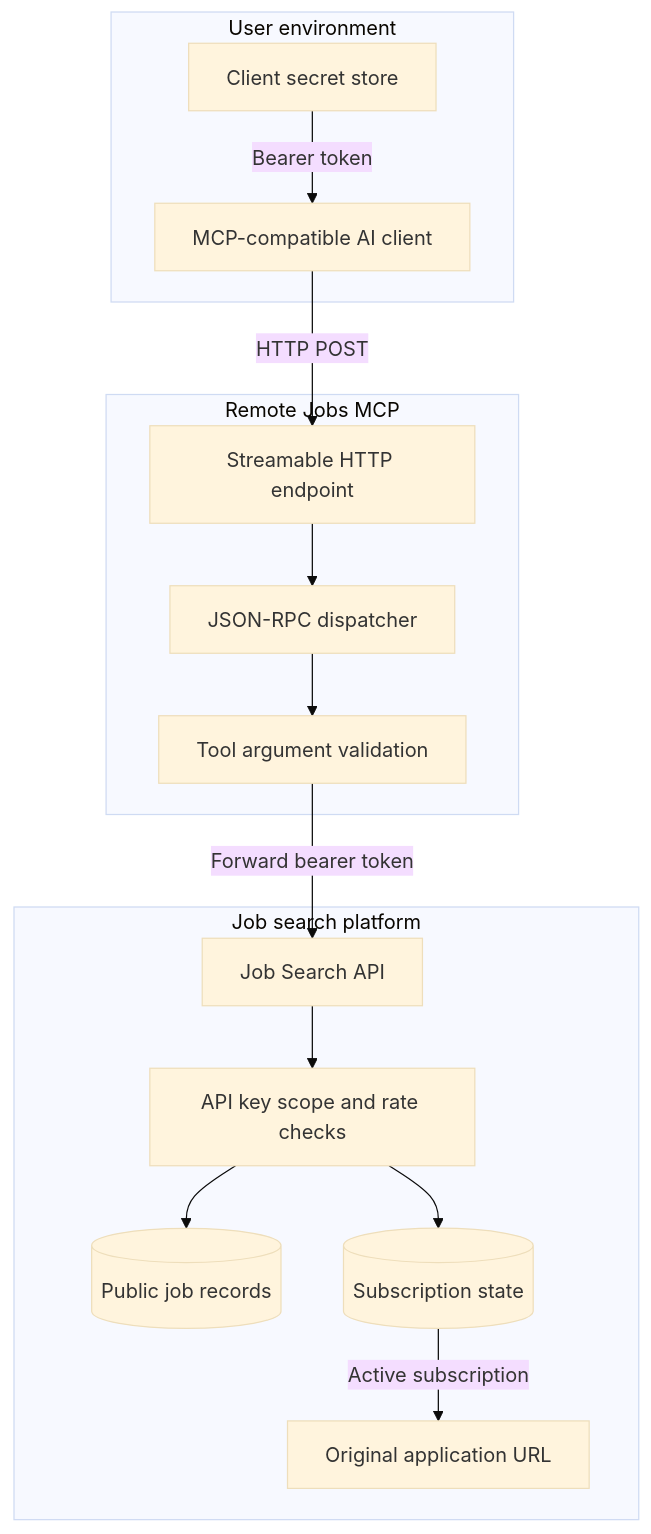
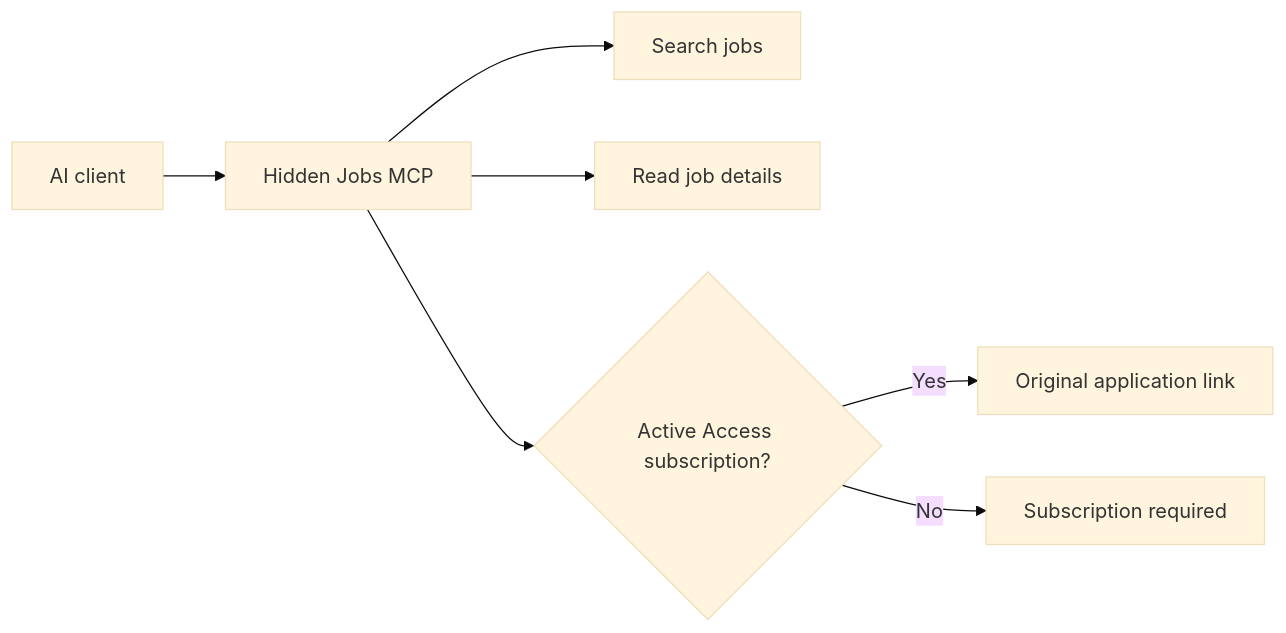
One commit to hiddenjobs/job-search-mcp changed the diagram in docs/architecture.md. Above: the diagram before and after it, drawn with Mermaid (base theme). The commit also changed other lines of this file and 16 other files, not shown here.

````diff
--- a/docs/architecture.md
+++ b/docs/architecture.md
@@ -5,30 +3,9 @@
 ```mermaid
-flowchart TB
-    subgraph Client[User environment]
-        Agent[MCP-compatible AI client]
-        Secret[Client secret store]
-    end
-
-    subgraph Adapter[Remote Jobs MCP]
-        HTTP[Streamable HTTP endpoint]
-        JSONRPC[JSON-RPC dispatcher]
-        Tools[Tool argument validation]
-    end
-
-    subgraph Platform[Job search platform]
-        REST[Job Search API]
-        Auth[API key scope and rate checks]
-        Jobs[(Public job records)]
-        Billing[(Subscription state)]
-        Source[Original application URL]
-    end
-
-    Secret -->|Bearer token| Agent
-    Agent -->|HTTP POST| HTTP
-    HTTP --> JSONRPC --> Tools
-    Tools -->|Forward bearer token| REST
-    REST --> Auth
-    Auth --> Jobs
-    Auth --> Billing
-    Billing -->|Active subscription| Source
+flowchart LR
+    Client[AI client] --> MCP[Hidden Jobs MCP]
+    MCP --> Search[Search jobs]
+    MCP --> Details[Read job details]
+    MCP --> Access{Active Access subscription?}
+    Access -->|Yes| Link[Original application link]
+    Access -->|No| Upgrade[Subscription required]
 ```
````
